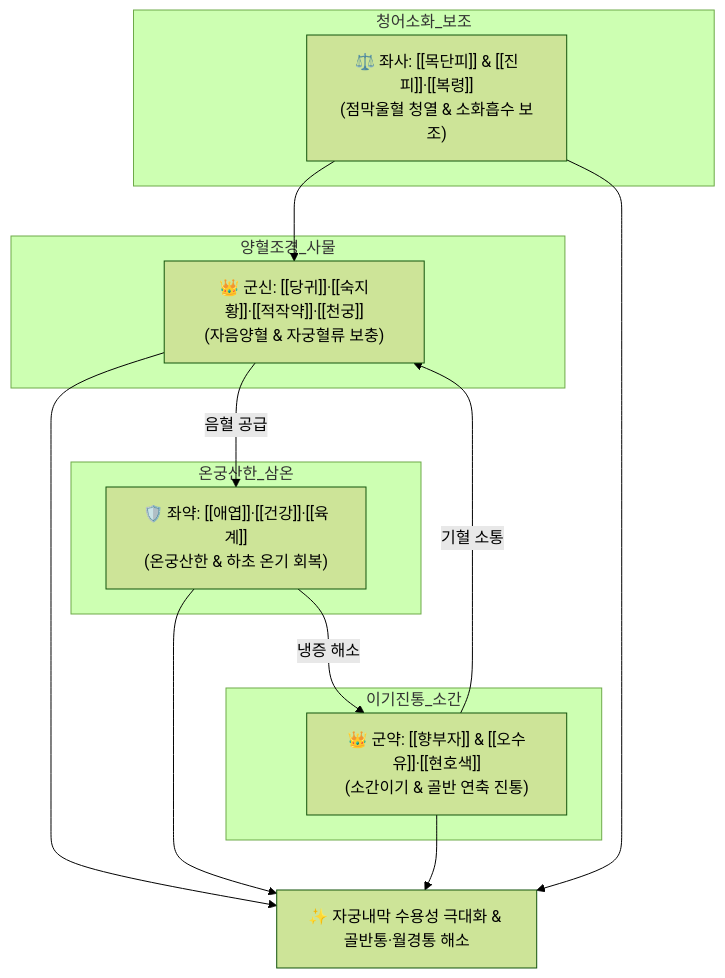
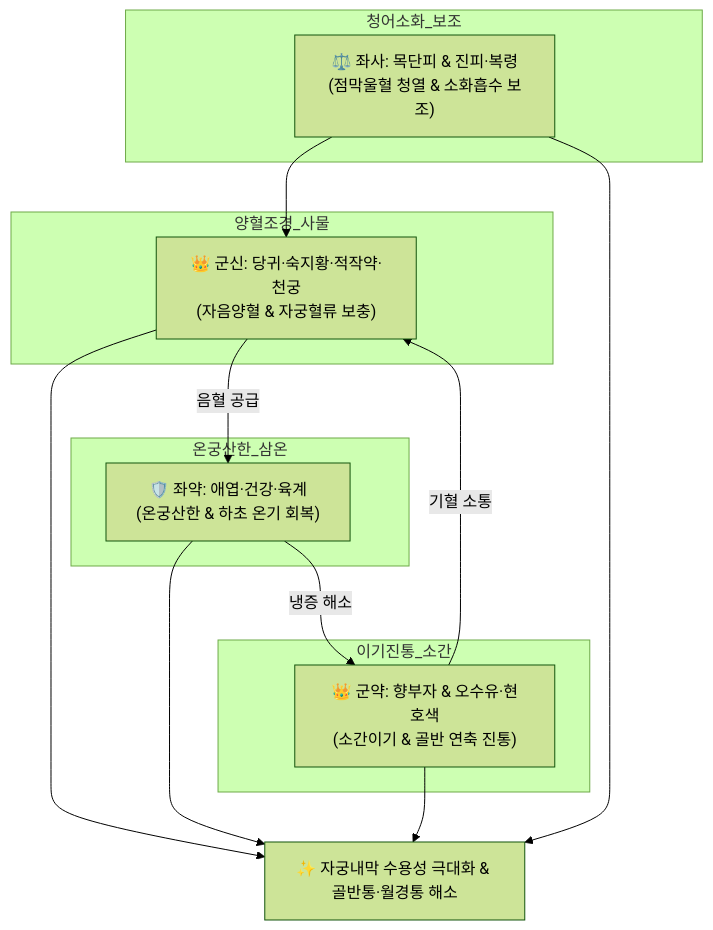
The diagram in content/2. 약리 공부/처방/02_보익제/조경종옥탕.md (simbio11/simbio-digital-garden2), drawn with Mermaid (forest theme) before and after one commit. The commit also changed other lines of this file and 323 other files, not shown here.

````diff
--- a/content/2. 약리 공부/처방/02_보익제/조경종옥탕.md
+++ b/content/2. 약리 공부/처방/02_보익제/조경종옥탕.md
@@ -53,20 +56,20 @@
 ```mermaid
 graph TD
     subgraph 양혈조경_사물
-        SM["👑 군신: [[당귀]]·[[숙지황]]·[[적작약]]·[[천궁]]<br>(자음양혈 & 자궁혈류 보충)"]
+        SM["👑 군신: 당귀·숙지황·적작약·천궁<br>(자음양혈 & 자궁혈류 보충)"]
     end
     subgraph 온궁산한_삼온
-        WG["🛡️ 좌약: [[애엽]]·[[건강]]·[[육계]]<br>(온궁산한 & 하초 온기 회복)"]
+        WG["🛡️ 좌약: 애엽·건강·육계<br>(온궁산한 & 하초 온기 회복)"]
     end
     subgraph 이기진통_소간
-        HB["👑 군약: [[향부자]] & [[오수유]]·[[현호색]]<br>(소간이기 & 골반 연축 진통)"]
+        HB["👑 군약: 향부자 & 오수유·현호색<br>(소간이기 & 골반 연축 진통)"]
     end
     subgraph 청어소화_보조
-        MP["⚖️ 좌사: [[목단피]] & [[진피]]·[[복령]]<br>(점막울혈 청열 & 소화흡수 보조)"]
+        MP["⚖️ 좌사: 목단피 & 진피·복령<br>(점막울혈 청열 & 소화흡수 보조)"]
     end
     SM -->|음혈 공급| WG
     HB -->|기혈 소통| SM
     WG -->|냉증 해소| HB
     MP --> SM
     SM & WG & HB & MP --> Outcome["✨ 자궁내막 수용성 극대화 & 골반통·월경통 해소"]
 ```
````
